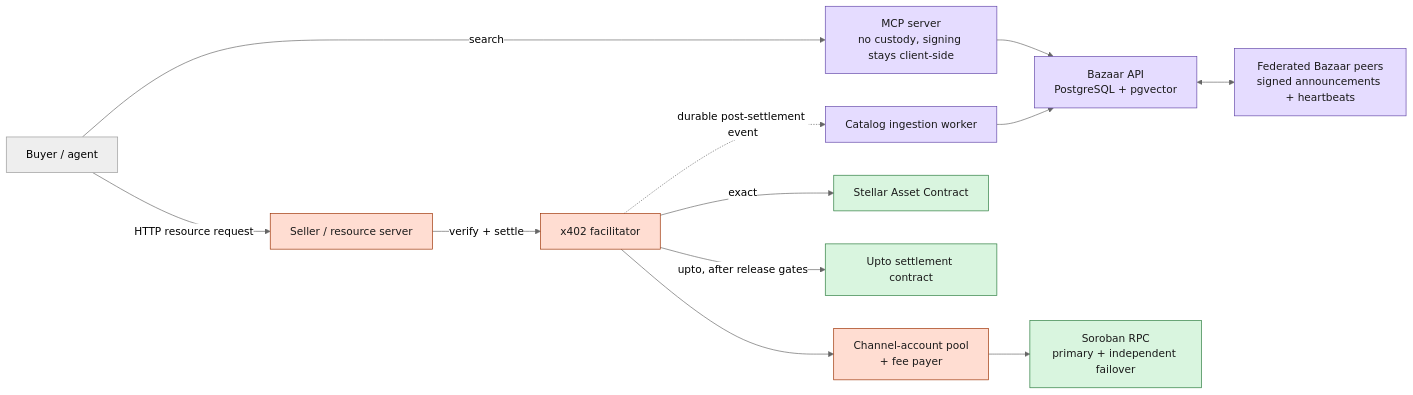
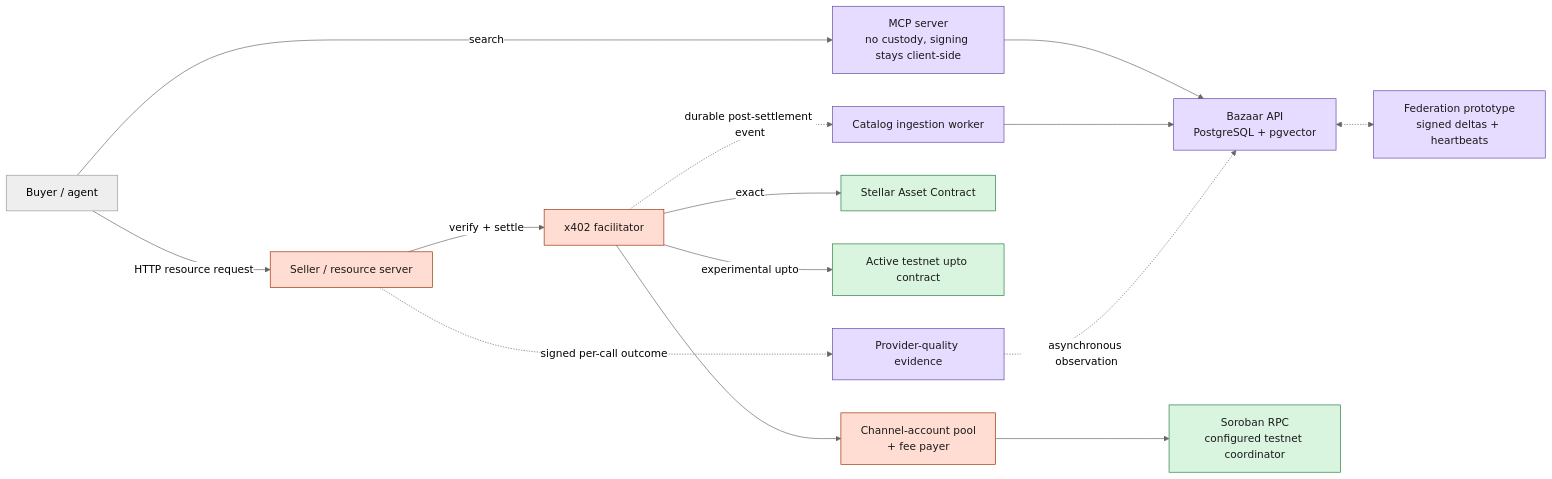
One commit to Veridex-Protocol/stellar-facilitator changed the first of 7 diagrams in docs/architecture.md. Above: the diagram before and after it, drawn with Mermaid (neutral theme). The commit also changed other lines of this file and 19 other files, not shown here.

````diff
--- a/docs/architecture.md
+++ b/docs/architecture.md
@@ -66,22 +129,24 @@
 ```mermaid
 flowchart LR
     A["Buyer / agent"] -->|"search"| M["MCP server<br/>no custody, signing stays client-side"]
     M --> D["Bazaar API<br/>PostgreSQL + pgvector"]
-    D <--> P["Federated Bazaar peers<br/>signed announcements + heartbeats"]
+    D <-.-> P["Federation prototype<br/>signed deltas + heartbeats"]
 
     A -->|"HTTP resource request"| R["Seller / resource server"]
     R -->|"verify + settle"| F["x402 facilitator"]
     F --> C["Channel-account pool<br/>+ fee payer"]
-    C --> X["Soroban RPC<br/>primary + independent failover"]
+    C --> X["Soroban RPC<br/>configured testnet coordinator"]
     F -->|"exact"| SAC["Stellar Asset Contract"]
-    F -->|"upto, after release gates"| U["Upto settlement contract"]
+    F -->|"experimental upto"| U["Active testnet upto contract"]
     F -.->|"durable post-settlement event"| I["Catalog ingestion worker"]
     I --> D
+    R -.->|"signed per-call outcome"| O["Provider-quality evidence"]
+    O -.->|"asynchronous observation"| D
 
     classDef payment fill:#ffddd2,stroke:#9c2f00,color:#1a1a1a;
     classDef discovery fill:#e5dcff,stroke:#6246a8,color:#1a1a1a;
     classDef chain fill:#d9f5df,stroke:#287a3b,color:#1a1a1a;
     class F,C,R payment;
-    class D,P,I,M discovery;
+    class D,P,I,M,O discovery;
     class X,SAC,U chain;
 ```
````
